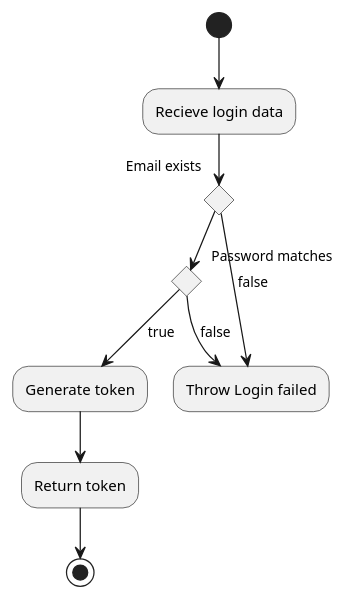
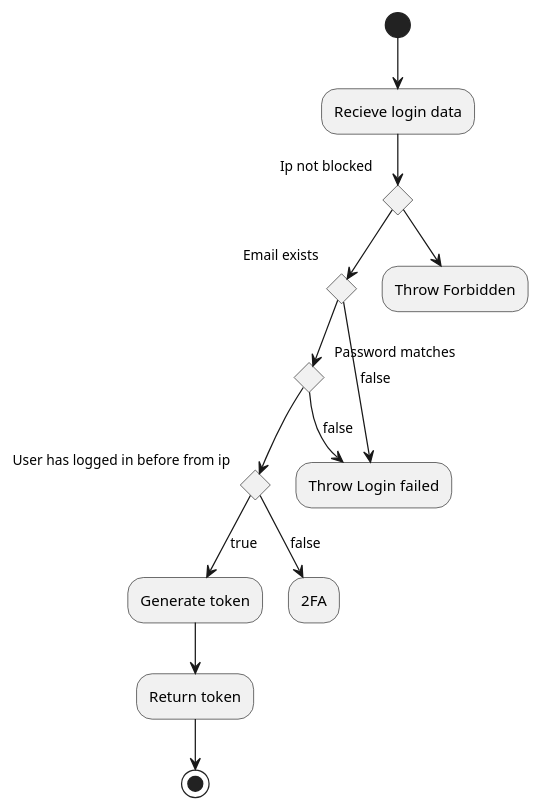
The diagram in Docs/FlowCharts/LoginFlowChart.plantuml (blackout1471/trust-us-school), drawn with PlantUML before and after one commit. The commit also changed 44 other files, not shown here.

```diff
--- a/Docs/FlowCharts/LoginFlowChart.plantuml
+++ b/Docs/FlowCharts/LoginFlowChart.plantuml
@@ -1,17 +1,25 @@
 @startuml Login Flowchart
 
 (*) --> "Recieve login data"
-if "Email exists" then
-    if "Password matches" then
-        -->[true] "Generate token"
-        --> "Return token"
-        --> (*)
+
+if "Ip not blocked " then
+    if "Email exists" then
+        if "Password matches" then
+            if "User has logged in before from ip" then
+                -->[true] "Generate token"
+                --> "Return token"
+                --> (*)
+            else
+                -->[false] 2FA
+            end if 
+        else
+            -->[false] "Throw Login failed"
+        end if
     else
-        -->[false] "Throw Login failed"
-    end if
-else
-  -->[false] "Throw Login failed"
+      -->[false] "Throw Login failed"
 
-end if 
-
+    end if 
+else 
+ --> "Throw Forbidden"
+end if
 @enduml
```
